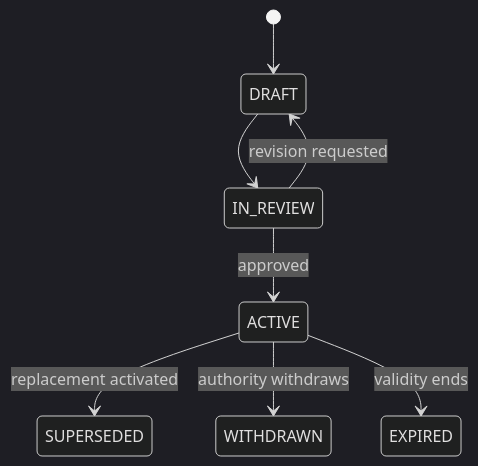
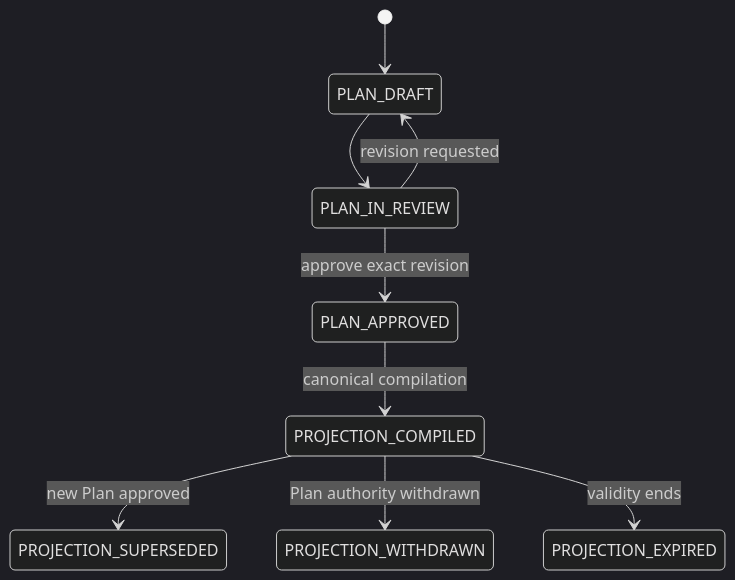
One commit to challenge456/MissionControl changed the first of 5 diagrams in docs/software-factory/verification-and-gate-state-machines.md. Above: the diagram before and after it, drawn with Mermaid (dark theme). The commit also changed other lines of this file and 36 other files, not shown here.

````diff
--- a/docs/software-factory/verification-and-gate-state-machines.md
+++ b/docs/software-factory/verification-and-gate-state-machines.md
@@ -25,10 +26,11 @@
 ```mermaid
 stateDiagram-v2
-  [*] --> DRAFT
-  DRAFT --> IN_REVIEW
-  IN_REVIEW --> ACTIVE: approved
-  IN_REVIEW --> DRAFT: revision requested
-  ACTIVE --> SUPERSEDED: replacement activated
-  ACTIVE --> WITHDRAWN: authority withdraws
-  ACTIVE --> EXPIRED: validity ends
+  [*] --> PLAN_DRAFT
+  PLAN_DRAFT --> PLAN_IN_REVIEW
+  PLAN_IN_REVIEW --> PLAN_APPROVED: approve exact revision
+  PLAN_IN_REVIEW --> PLAN_DRAFT: revision requested
+  PLAN_APPROVED --> PROJECTION_COMPILED: canonical compilation
+  PROJECTION_COMPILED --> PROJECTION_SUPERSEDED: new Plan approved
+  PROJECTION_COMPILED --> PROJECTION_WITHDRAWN: Plan authority withdrawn
+  PROJECTION_COMPILED --> PROJECTION_EXPIRED: validity ends
 ```
````
